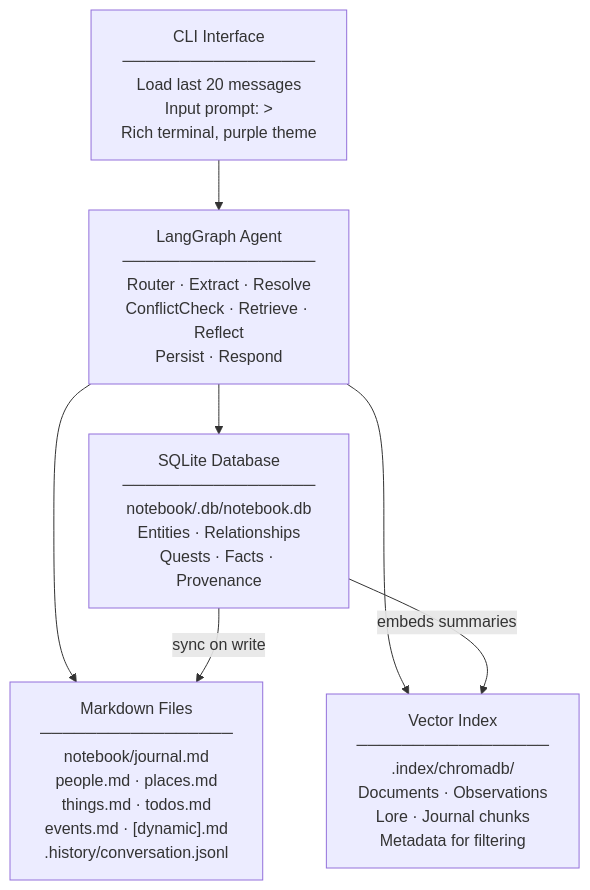
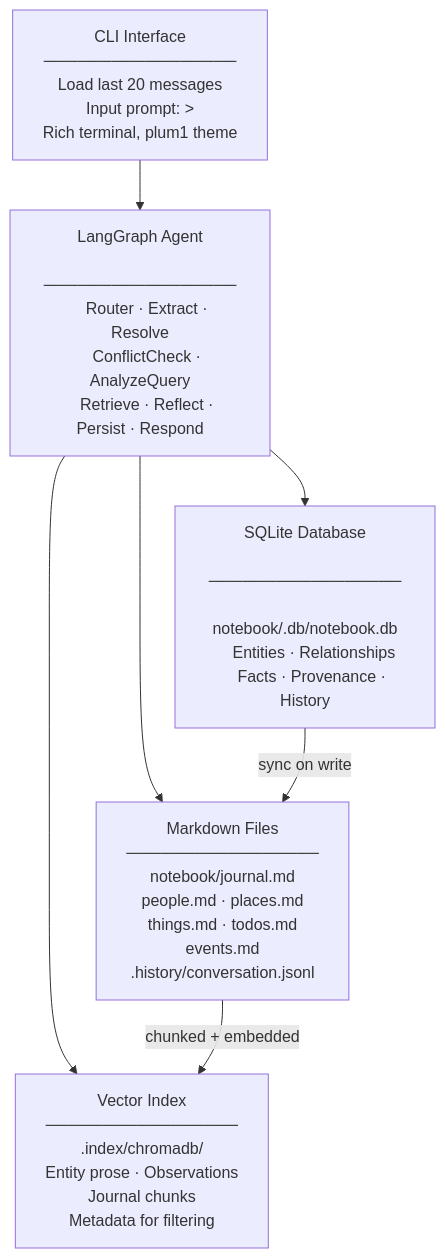
One commit to rpurser47/game_notebook changed the first of 4 diagrams in docs/design.md. Above: the diagram before and after it, drawn with Mermaid. The commit also changed other lines of this file and 5 other files, not shown here.

````diff
--- a/docs/design.md
+++ b/docs/design.md
@@ -24,15 +24,38 @@
 ```mermaid
 flowchart TD
-    CLI["CLI Interface\n─────────────────\nLoad last 20 messages\nInput prompt: > \nRich terminal, purple theme"]
-    Agent["LangGraph Agent\n─────────────────\nRouter · Extract · Resolve\nConflictCheck · Retrieve · Reflect\nPersist · Respond"]
-    DB["SQLite Database\n─────────────────\nnotebook/.db/notebook.db\nEntities · Relationships\nQuests · Facts · Provenance"]
-    MD["Markdown Files\n─────────────────\nnotebook/journal.md\npeople.md · places.md\nthings.md · todos.md\nevents.md · [dynamic].md\n.history/conversation.jsonl"]
-    VI["Vector Index\n─────────────────\n.index/chromadb/\nDocuments · Observations\nLore · Journal chunks\nMetadata for filtering"]
+    CLI["CLI Interface
+    ─────────────────
+    Load last 20 messages
+    Input prompt: >
+    Rich terminal, plum1 theme"]
+    Agent["LangGraph Agent
+    ─────────────────
+    Router · Extract · Resolve
+    ConflictCheck · AnalyzeQuery
+    Retrieve · Reflect · Persist · Respond"]
+    DB["SQLite Database
+    ─────────────────
+    notebook/.db/notebook.db
+    Entities · Relationships
+    Facts · Provenance · History"]
+    MD["Markdown Files
+    ─────────────────
+    notebook/journal.md
+    people.md · places.md
+    things.md · todos.md
+    events.md
+    .history/conversation.jsonl"]
+    VI["Vector Index
+    ─────────────────
+    .index/chromadb/
+    Entity prose · Observations
+    Journal chunks
+    Metadata for filtering"]
 
     CLI --> Agent
     Agent --> DB
     Agent --> MD
     Agent --> VI
     DB -->|"sync on write"| MD
-    DB -->|"embeds summaries"| VI
+    MD -->|"chunked + embedded"| VI
 ```
````
